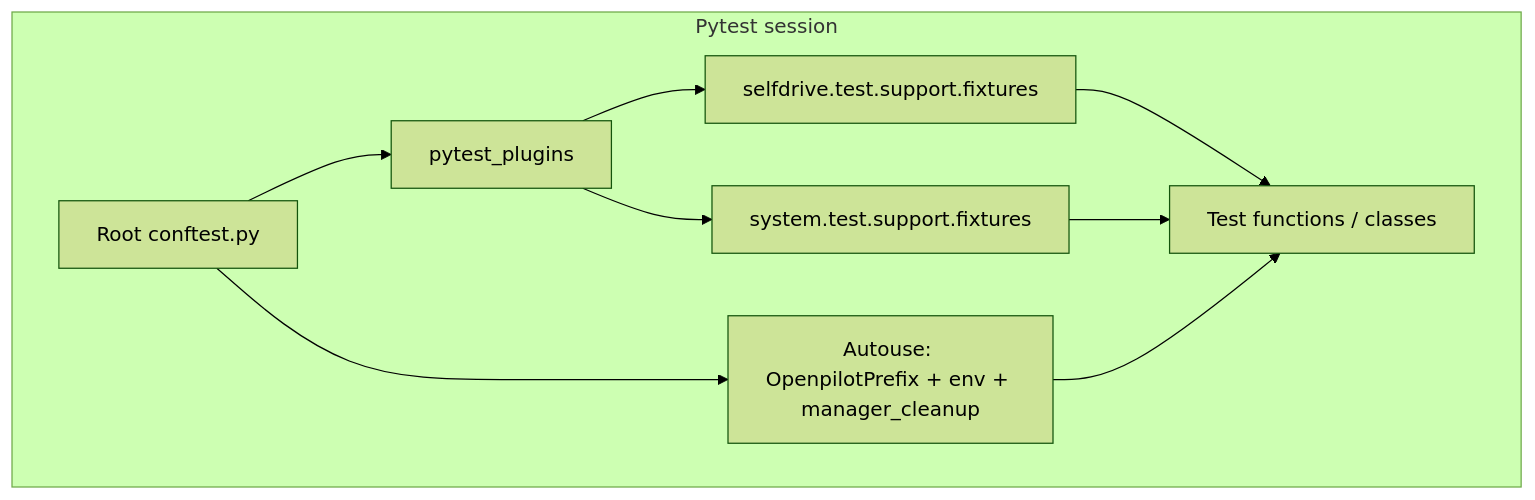
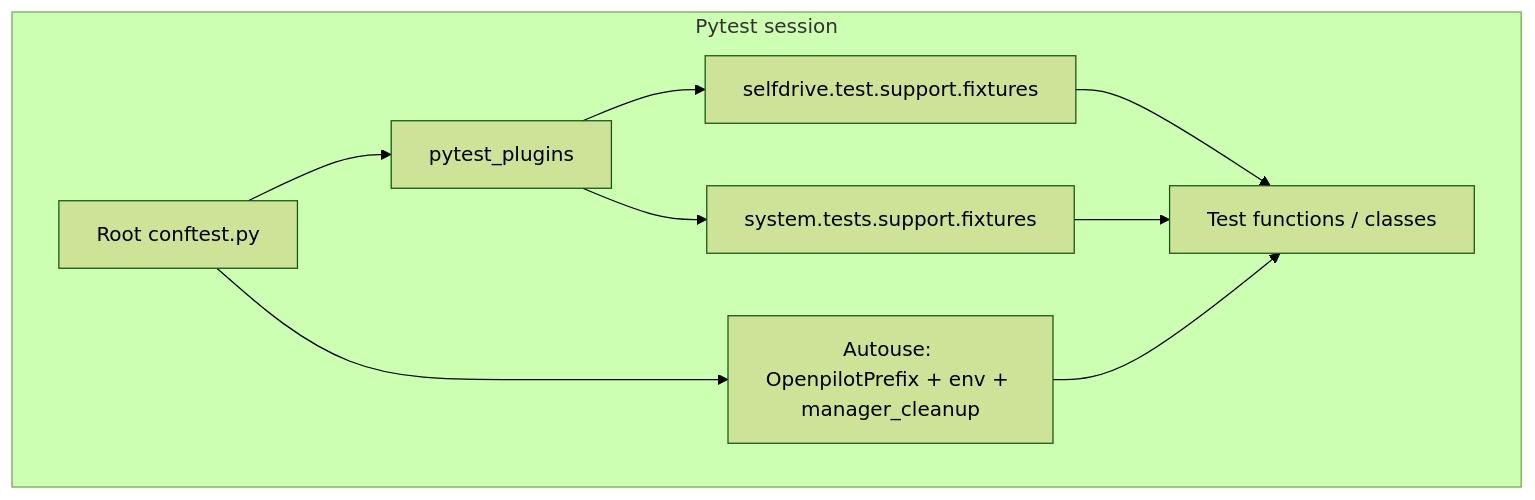
The first of 4 diagrams in docs/testing/INFRASTRUCTURE-OVERVIEW.md (Colby-Frison/openpilot), drawn with Mermaid (forest theme) before and after one commit. The commit also changed other lines of this file and 10 other files, not shown here.

Commit message:
Updated system tests to be in existing directory I had made a new folder /test instead of adding the new tests to the existing /tests directory, this commit corrects that.

````diff
--- a/docs/testing/INFRASTRUCTURE-OVERVIEW.md
+++ b/docs/testing/INFRASTRUCTURE-OVERVIEW.md
@@ -17,18 +17,18 @@
 ```mermaid
 flowchart TB
   subgraph pytest [Pytest session]
     ROOT[Root conftest.py]
     AUTO[Autouse: OpenpilotPrefix + env + manager_cleanup]
     PLUG[pytest_plugins]
     SD[selfdrive.test.support.fixtures]
-    SYS[system.test.support.fixtures]
+    SYS[system.tests.support.fixtures]
     TEST[Test functions / classes]
   end
   ROOT --> AUTO
   ROOT --> PLUG
   PLUG --> SD
   PLUG --> SYS
   SD --> TEST
   SYS --> TEST
   AUTO --> TEST
 ```
````
